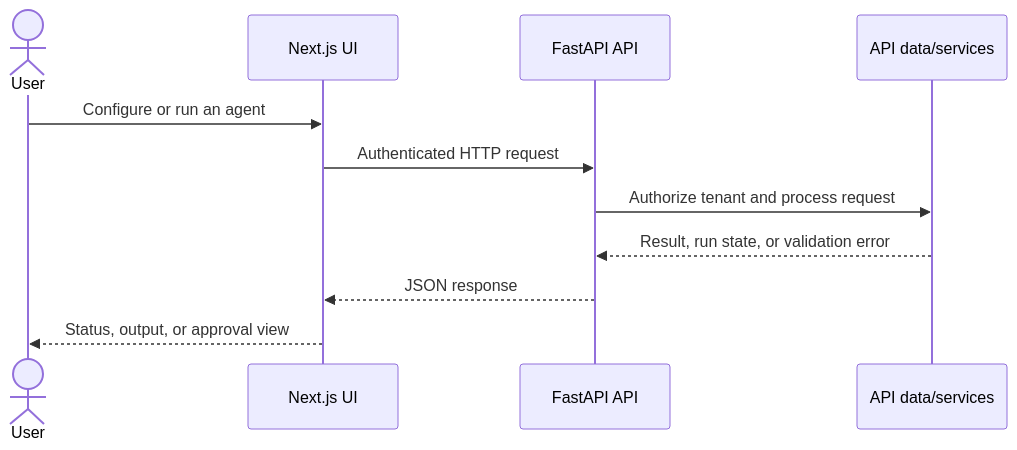
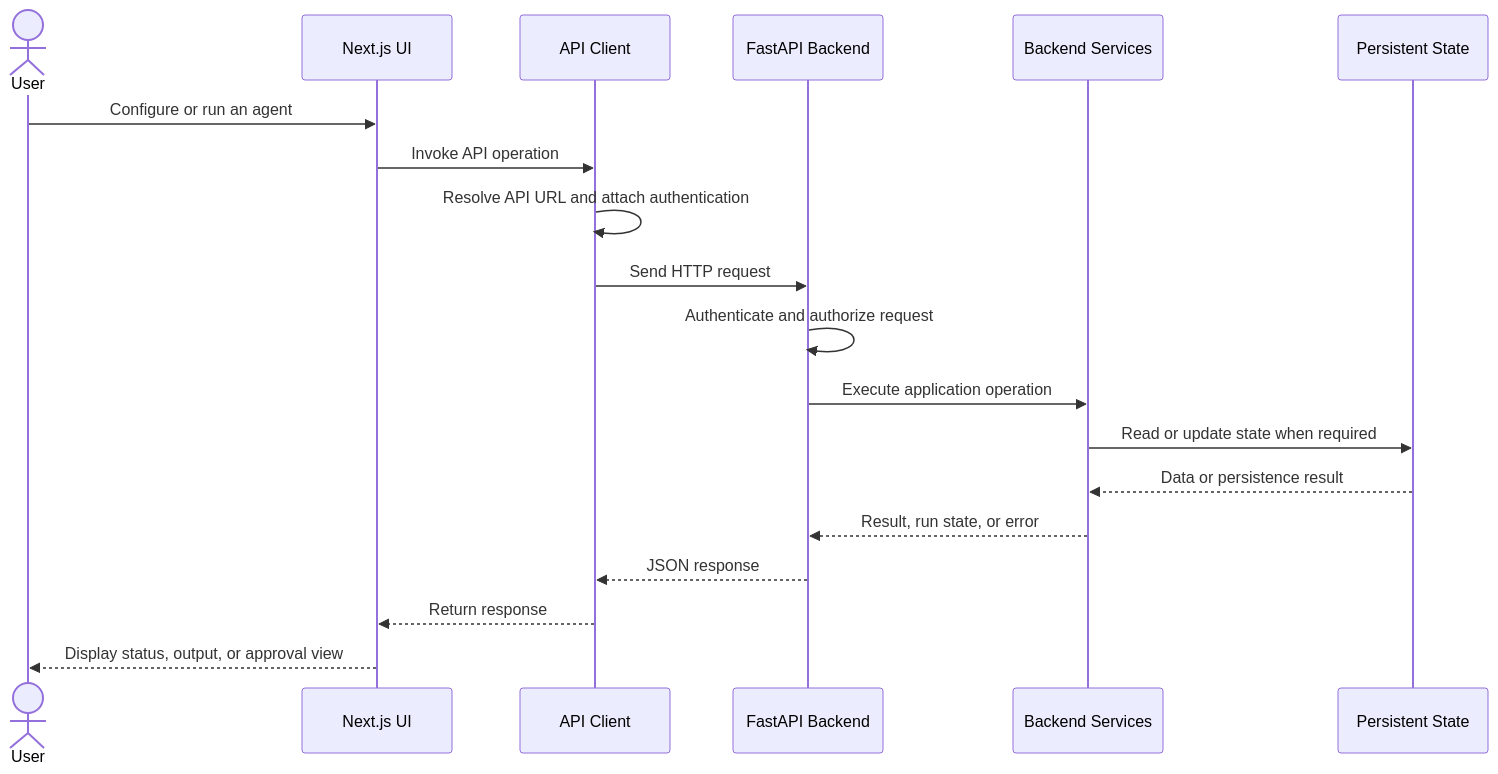
One commit to Operon-Operation-Platform/frontend changed the third of 6 diagrams in README.md. Above: the diagram before and after it, drawn with Mermaid. The commit also changed other lines of this file, not shown here.

````diff
--- a/README.md
+++ b/README.md
@@ -44,13 +209,22 @@
 ```mermaid
 sequenceDiagram
     actor User
     participant UI as Next.js UI
-    participant API as FastAPI API
-    participant Store as API data/services
+    participant Client as API Client
+    participant API as FastAPI Backend
+    participant Services as Backend Services
+    participant State as Persistent State
+
     User->>UI: Configure or run an agent
-    UI->>API: Authenticated HTTP request
-    API->>Store: Authorize tenant and process request
-    Store-->>API: Result, run state, or validation error
-    API-->>UI: JSON response
-    UI-->>User: Status, output, or approval view
+    UI->>Client: Invoke API operation
+    Client->>Client: Resolve API URL and attach authentication
+    Client->>API: Send HTTP request
+    API->>API: Authenticate and authorize request
+    API->>Services: Execute application operation
+    Services->>State: Read or update state when required
+    State-->>Services: Data or persistence result
+    Services-->>API: Result, run state, or error
+    API-->>Client: JSON response
+    Client-->>UI: Return response
+    UI-->>User: Display status, output, or approval view
 ```
````
